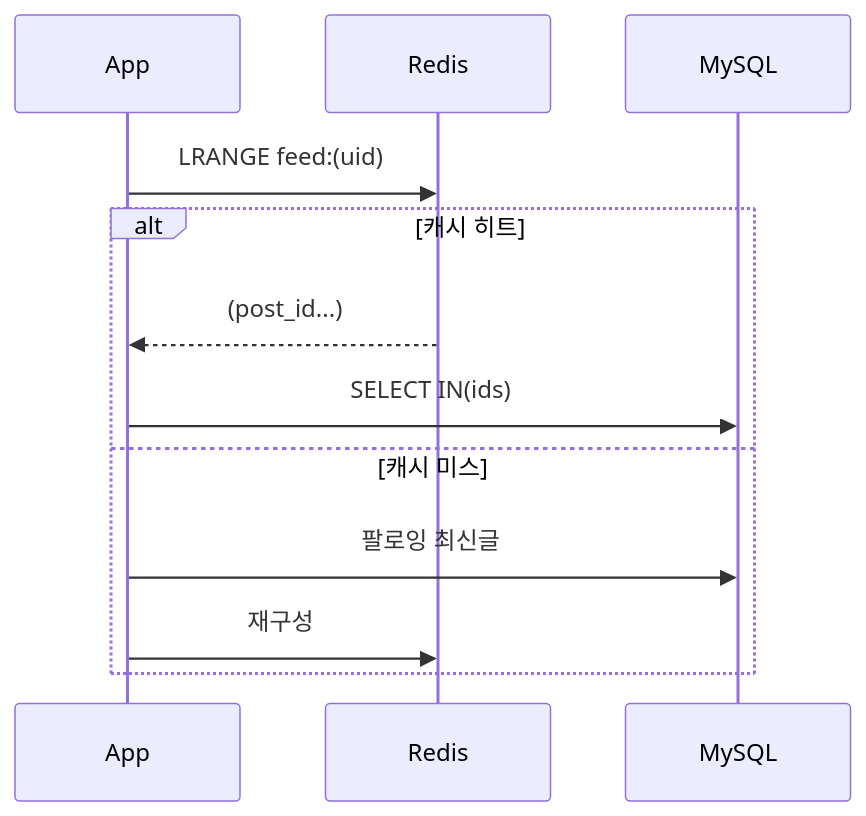
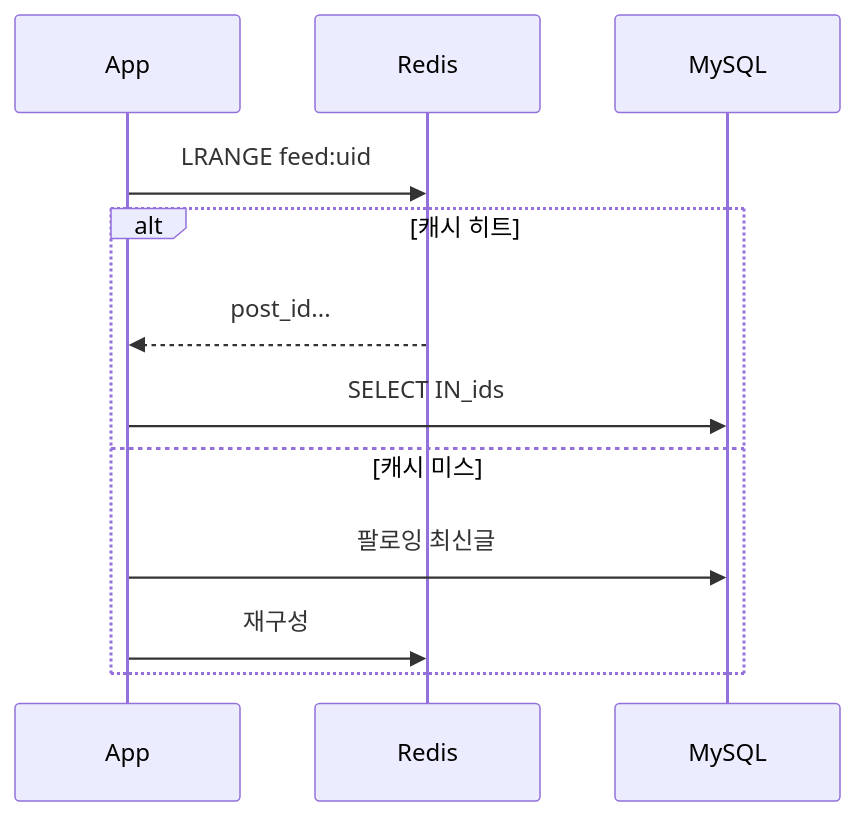
Before and after one commit to yjkim2015/yjkim2015.github.io: the sixth of 6 diagrams in _posts/systemdesign/2026-05-02-system-design-newsfeed.md, drawn with Mermaid. The commit also changed other lines of this file and 85 other files, not shown here.

First line of the commit message:
sequenceDiagram 문법 에러 2차 수정 169개 (86파일)

````diff
--- a/_posts/systemdesign/2026-05-02-system-design-newsfeed.md
+++ b/_posts/systemdesign/2026-05-02-system-design-newsfeed.md
@@ -193,14 +193,14 @@
 ```mermaid
 sequenceDiagram
     participant App
     participant C as Redis
     participant DB as MySQL
-    App->>C: LRANGE feed:(uid)
+    App->>C: LRANGE feed:uid
     alt 캐시 히트
-    C-->>App: (post_id...)
-    App->>DB: SELECT IN(ids)
+    C-->>App: post_id...
+    App->>DB: SELECT IN_ids
     else 캐시 미스
     App->>DB: 팔로잉 최신글
     App->>C: 재구성
     end
 ```
````
